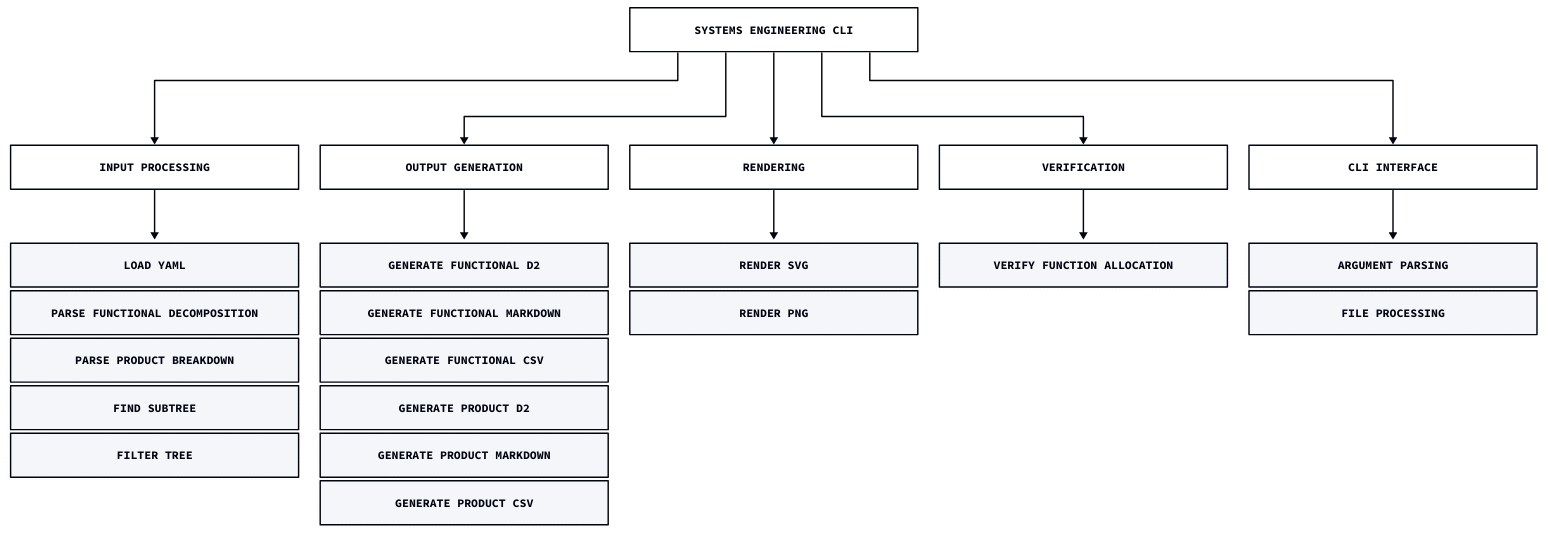
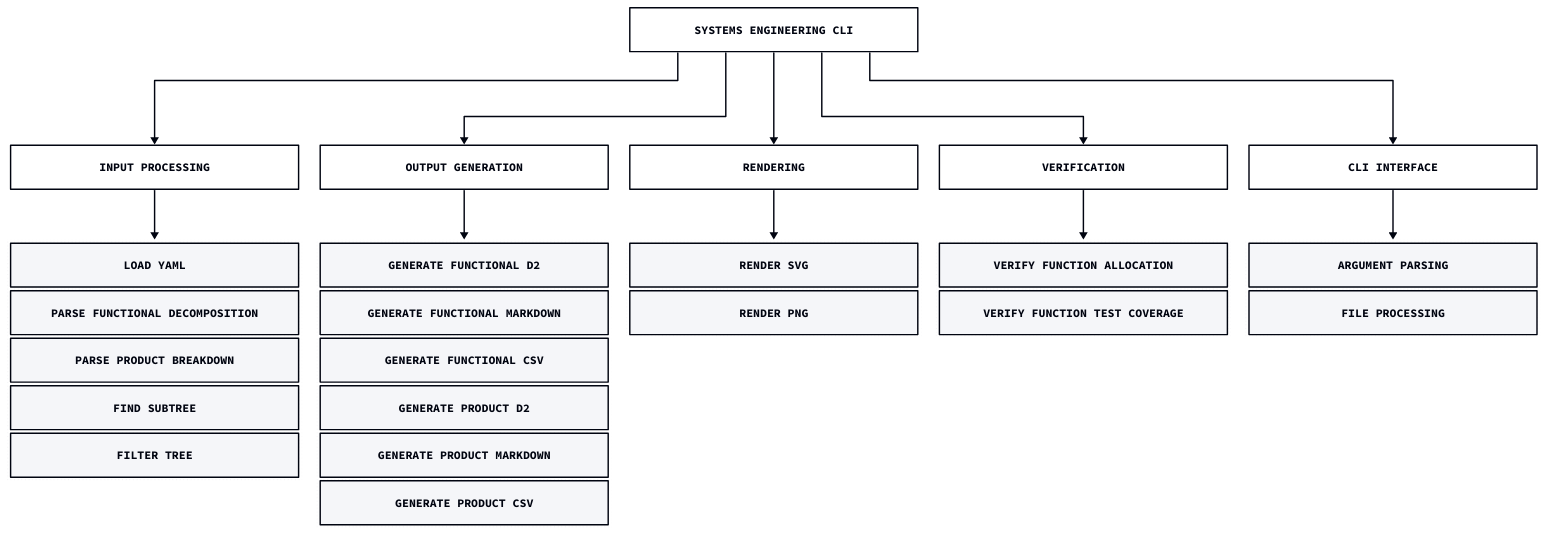
One commit to aidanns/systems-engineering changed the diagram in design/functional_decomposition.d2. Above: the diagram before and after it, drawn with D2. The commit also changed 14 other files, not shown here.

First line of the commit message:
feat: add `function verify` command to verify test coverage of functions (#45)

```diff
--- a/design/functional_decomposition.d2
+++ b/design/functional_decomposition.d2
@@ -1,114 +1,116 @@
 vars: {
   d2-config: {
     layout-engine: elk
     # Terminal theme code
     theme-id: 300
   }
 }
 
 direction: down
 
 root: Systems Engineering CLI
 root.width: 400
 
 f0: Input Processing
 f0.width: 400
 root -> f0
 f0_container: "" {
   grid-columns: 1
   grid-rows: 5
   grid-gap: 5
   style: {
     stroke-width: 0
     fill: transparent
   }
   f1: Load YAML
   f1.width: 400
   f2: Parse Functional Decomposition
   f2.width: 400
   f3: Parse Product Breakdown
   f3.width: 400
   f4: Find Subtree
   f4.width: 400
   f5: Filter Tree
   f5.width: 400
 }
 f0 -> f0_container
 
 f6: Output Generation
 f6.width: 400
 root -> f6
 f6_container: "" {
   grid-columns: 1
   grid-rows: 6
   grid-gap: 5
   style: {
     stroke-width: 0
     fill: transparent
   }
   f7: Generate Functional D2
   f7.width: 400
   f8: Generate Functional Markdown
   f8.width: 400
   f9: Generate Functional CSV
   f9.width: 400
   f10: Generate Product D2
   f10.width: 400
   f11: Generate Product Markdown
   f11.width: 400
   f12: Generate Product CSV
   f12.width: 400
 }
 f6 -> f6_container
 
 f13: Rendering
 f13.width: 400
 root -> f13
 f13_container: "" {
   grid-columns: 1
   grid-rows: 2
   grid-gap: 5
   style: {
     stroke-width: 0
     fill: transparent
   }
   f14: Render SVG
   f14.width: 400
   f15: Render PNG
   f15.width: 400
 }
 f13 -> f13_container
 
 f16: Verification
 f16.width: 400
 root -> f16
 f16_container: "" {
   grid-columns: 1
-  grid-rows: 1
+  grid-rows: 2
   grid-gap: 5
   style: {
     stroke-width: 0
     fill: transparent
   }
   f17: Verify Function Allocation
   f17.width: 400
+  f18: Verify Function Test Coverage
+  f18.width: 400
 }
 f16 -> f16_container
 
-f18: CLI Interface
-f18.width: 400
-root -> f18
-f18_container: "" {
+f19: CLI Interface
+f19.width: 400
+root -> f19
+f19_container: "" {
   grid-columns: 1
   grid-rows: 2
   grid-gap: 5
   style: {
     stroke-width: 0
     fill: transparent
   }
-  f19: Argument Parsing
-  f19.width: 400
-  f20: File Processing
+  f20: Argument Parsing
   f20.width: 400
+  f21: File Processing
+  f21.width: 400
 }
-f18 -> f18_container
+f19 -> f19_container
```
